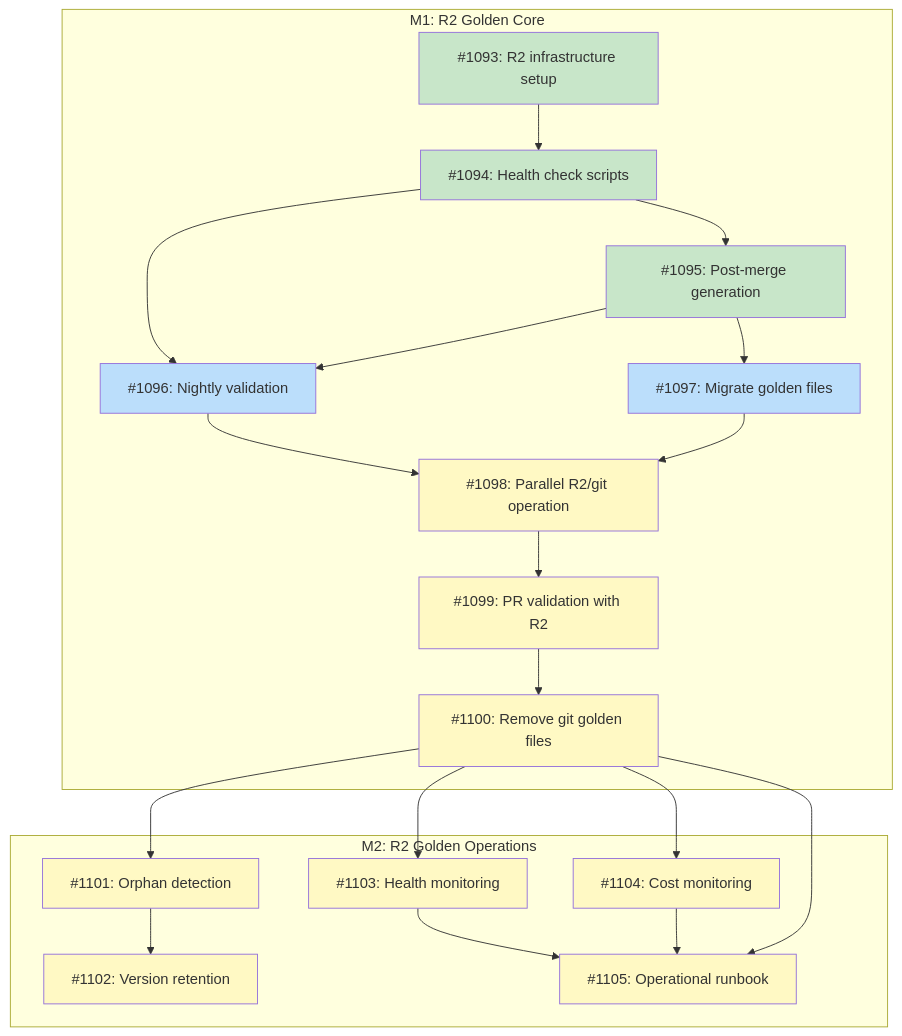
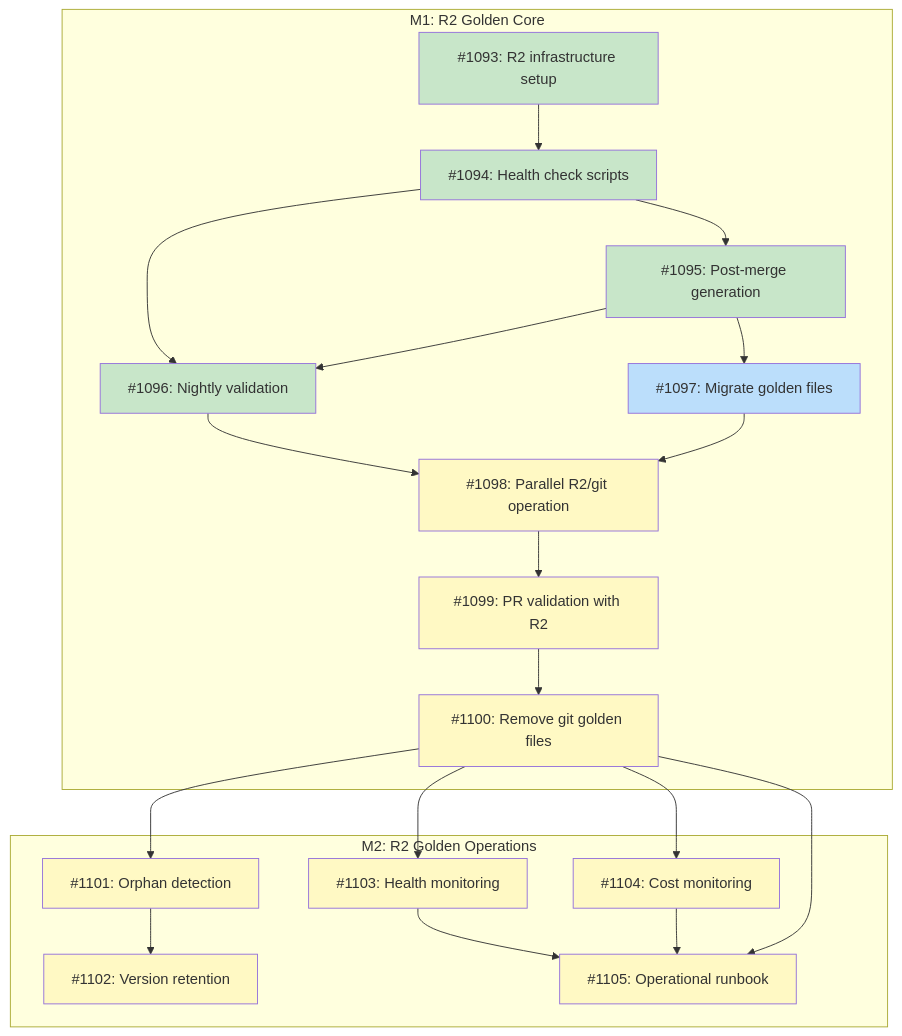
Before and after one commit to tsukumogami/tsuku: the diagram in docs/designs/DESIGN-r2-golden-storage.md, drawn with Mermaid.

Commit message:
docs: update R2 golden storage dependency graph
Mark #1096 (nightly validation integration) as done.

````diff
--- a/docs/designs/DESIGN-r2-golden-storage.md
+++ b/docs/designs/DESIGN-r2-golden-storage.md
@@ -41,48 +41,48 @@
 ```mermaid
 graph TD
     subgraph M1["M1: R2 Golden Core"]
         I1093["#1093: R2 infrastructure setup"]
         I1094["#1094: Health check scripts"]
         I1095["#1095: Post-merge generation"]
         I1096["#1096: Nightly validation"]
         I1097["#1097: Migrate golden files"]
         I1098["#1098: Parallel R2/git operation"]
         I1099["#1099: PR validation with R2"]
         I1100["#1100: Remove git golden files"]
     end
 
     subgraph M2["M2: R2 Golden Operations"]
         I1101["#1101: Orphan detection"]
         I1102["#1102: Version retention"]
         I1103["#1103: Health monitoring"]
         I1104["#1104: Cost monitoring"]
         I1105["#1105: Operational runbook"]
     end
 
     I1093 --> I1094
     I1094 --> I1095
     I1094 --> I1096
     I1095 --> I1096
     I1095 --> I1097
     I1096 --> I1098
     I1097 --> I1098
     I1098 --> I1099
     I1099 --> I1100
     I1100 --> I1101
     I1101 --> I1102
     I1100 --> I1103
     I1100 --> I1104
     I1103 --> I1105
     I1104 --> I1105
     I1100 --> I1105
 
     classDef done fill:#c8e6c9
     classDef ready fill:#bbdefb
     classDef blocked fill:#fff9c4
     classDef needsDesign fill:#e1bee7
 
-    class I1093,I1094,I1095 done
-    class I1096,I1097 ready
+    class I1093,I1094,I1095,I1096 done
+    class I1097 ready
     class I1098,I1099,I1100 blocked
     class I1101,I1102,I1103,I1104,I1105 blocked
 ```
````
